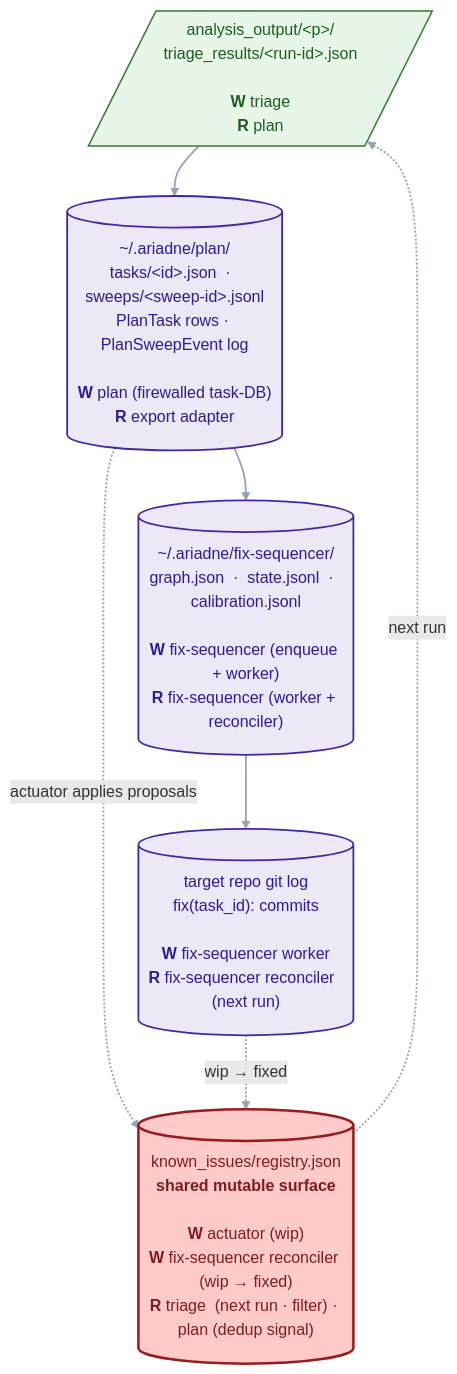
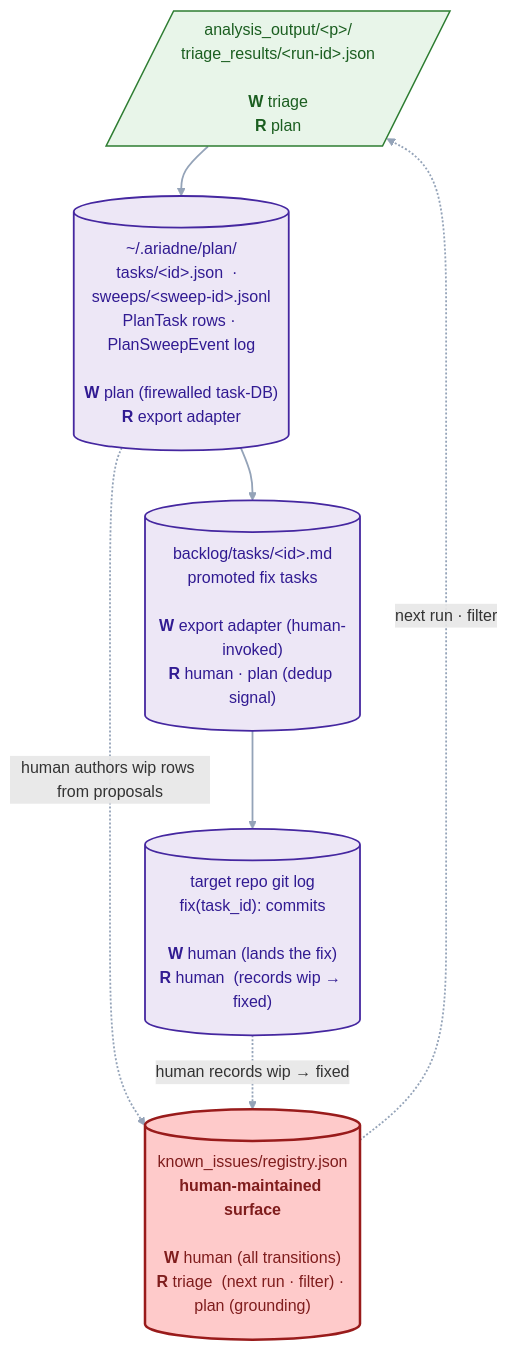
Before and after one commit to CRJFisher/ariadne: the diagram in .claude/skills/triage/README.pipeline.mmd, drawn with Mermaid. The commit also changed 96 other files, not shown here.

```diff
--- a/.claude/skills/triage/README.pipeline.mmd
+++ b/.claude/skills/triage/README.pipeline.mmd
@@ -1,18 +1,18 @@
 flowchart TB
   classDef artifact   fill:#e8f5e9,stroke:#2e7d32,stroke-width:1.5px,color:#1b5e20
   classDef store      fill:#ede7f6,stroke:#4527a0,stroke-width:1.8px,color:#311b92
   classDef regwrite   fill:#fecaca,stroke:#991b1b,stroke-width:2.5px,color:#7f1d1d
 
   D1[/"analysis_output/&lt;p&gt;/<br/>triage_results/&lt;run-id&gt;.json<br/><br/><b>W</b> triage<br/><b>R</b> plan"/]:::artifact
   D2[("~/.ariadne/plan/<br/>tasks/&lt;id&gt;.json  ·  sweeps/&lt;sweep-id&gt;.jsonl<br/>PlanTask rows · PlanSweepEvent log<br/><br/><b>W</b> plan (firewalled task-DB)<br/><b>R</b> export adapter")]:::store
-  D3[("~/.ariadne/fix-sequencer/<br/>graph.json  ·  state.jsonl  ·  calibration.jsonl<br/><br/><b>W</b> fix-sequencer (enqueue + worker)<br/><b>R</b> fix-sequencer (worker + reconciler)")]:::store
-  D4[("target repo git log<br/>fix(task_id): commits<br/><br/><b>W</b> fix-sequencer worker<br/><b>R</b> fix-sequencer reconciler  (next run)")]:::store
-  REG[("known_issues/registry.json<br/><b>shared mutable surface</b><br/><br/><b>W</b> actuator (wip)<br/><b>W</b> fix-sequencer reconciler (wip → fixed)<br/><b>R</b> triage  (next run · filter) · plan (dedup signal)")]:::regwrite
+  D3[("backlog/tasks/&lt;id&gt;.md<br/>promoted fix tasks<br/><br/><b>W</b> export adapter (human-invoked)<br/><b>R</b> human · plan (dedup signal)")]:::store
+  D4[("target repo git log<br/>fix(task_id): commits<br/><br/><b>W</b> human (lands the fix)<br/><b>R</b> human  (records wip → fixed)")]:::store
+  REG[("known_issues/registry.json<br/><b>human-maintained surface</b><br/><br/><b>W</b> human (all transitions)<br/><b>R</b> triage  (next run · filter) · plan (grounding)")]:::regwrite
 
   D1 --> D2 --> D3 --> D4
 
-  D2 -. "actuator applies proposals" .-> REG
-  D4 -. "wip → fixed" .-> REG
-  REG -. "next run" .-> D1
+  D2 -. "human authors wip rows from proposals" .-> REG
+  D4 -. "human records wip → fixed" .-> REG
+  REG -. "next run · filter" .-> D1
 
   linkStyle default stroke:#94a3b8,stroke-width:1.8px
```
